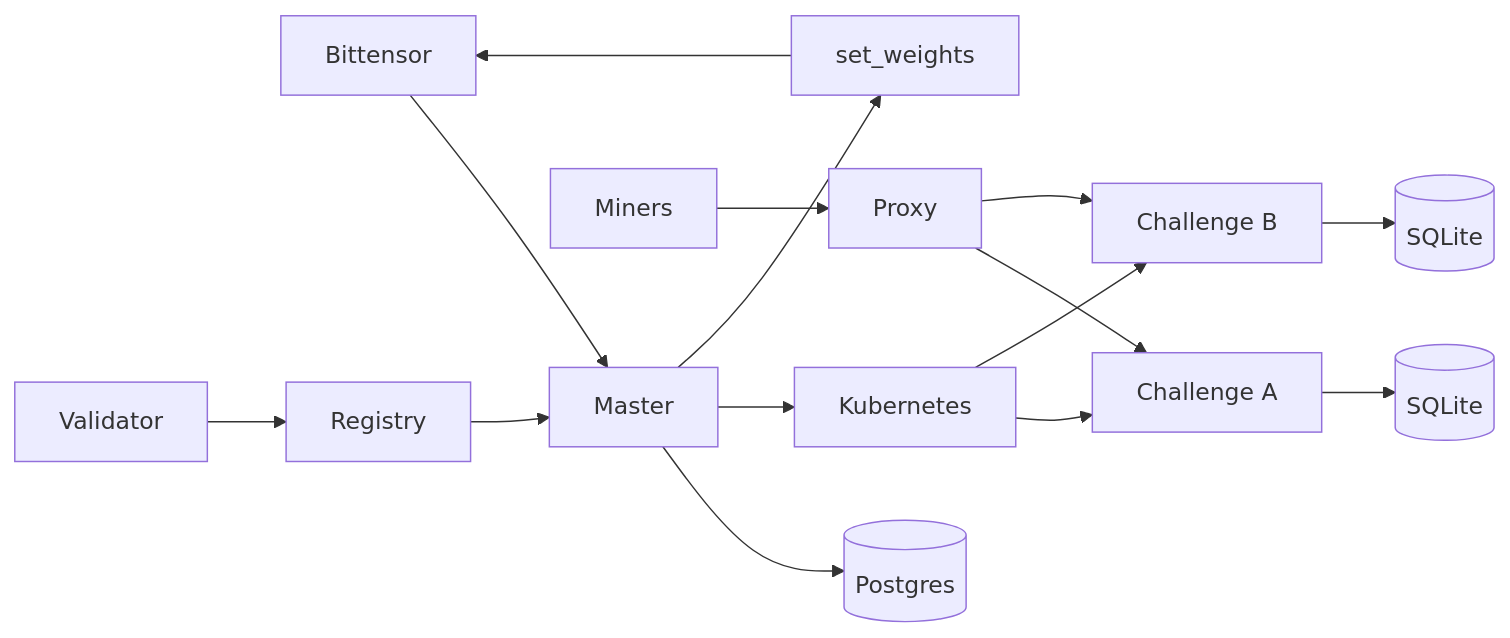
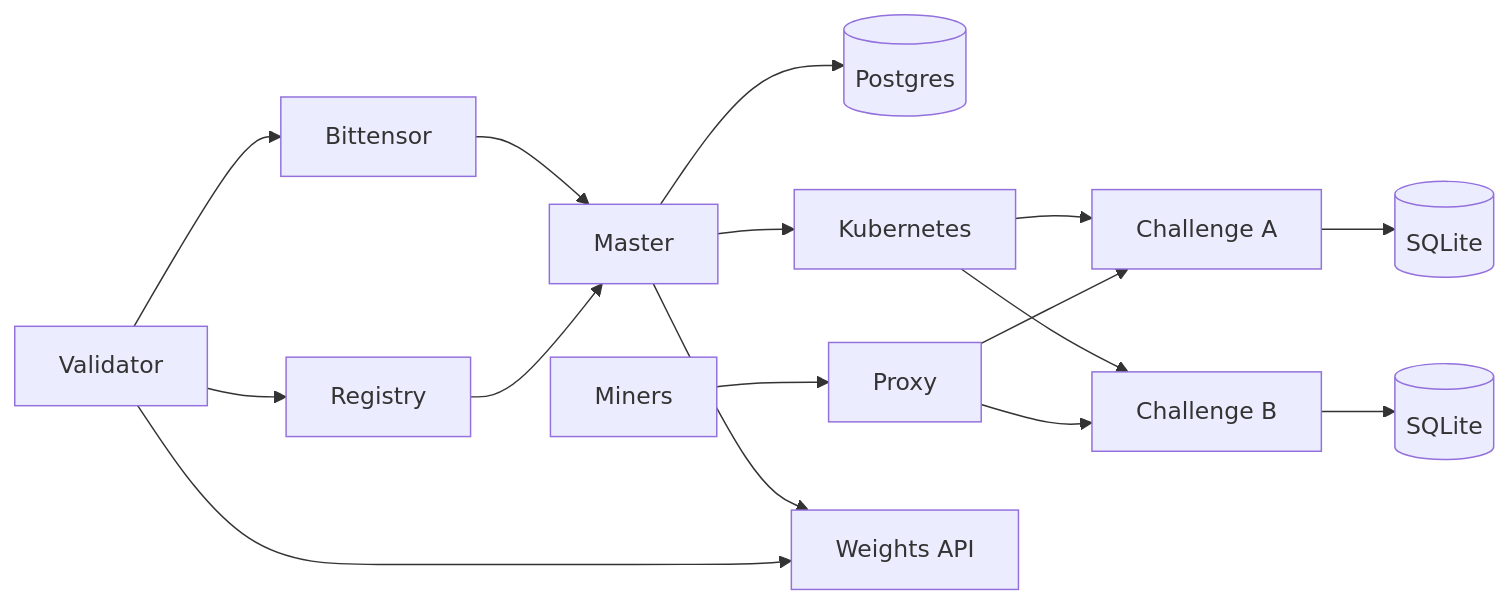
One commit to PlatformNetwork/platform changed the first of 2 diagrams in README.md. Above: the diagram before and after it, drawn with Mermaid. The commit also changed other lines of this file and 3 other files, not shown here.

````diff
--- a/README.md
+++ b/README.md
@@ -58,17 +59,18 @@
 ```mermaid
 flowchart LR
     BT[Bittensor] --> M[Master]
     M --> PG[(Postgres)]
     M --> K8S[Kubernetes]
     K8S --> C1[Challenge A]
     K8S --> C2[Challenge B]
     C1 --> S1[(SQLite)]
     C2 --> S2[(SQLite)]
     V[Validator] --> R[Registry]
     R --> M
     U[Miners] --> P[Proxy]
     P --> C1
     P --> C2
-    M --> W[set_weights]
-    W --> BT
+    M --> W[Weights API]
+    V --> W
+    V --> BT
 ```
````
